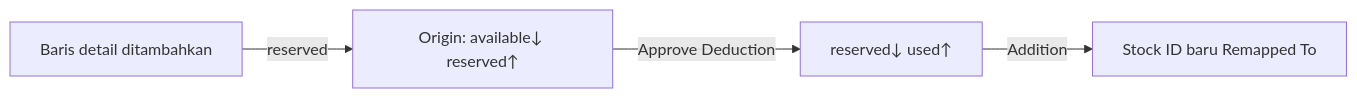
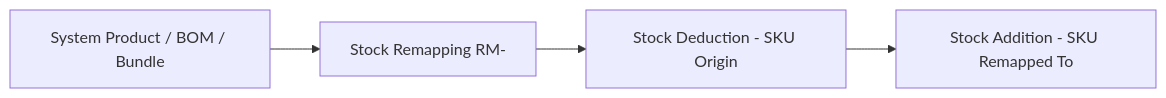
One commit to yendyr/olshoperp-docs changed the first of 3 diagrams in qa-docs/accounting-stock-remapping/requirement.md. Above: the diagram before and after it, drawn with Mermaid. The commit also changed other lines of this file and 31 other files, not shown here.

````diff
--- a/qa-docs/accounting-stock-remapping/requirement.md
+++ b/qa-docs/accounting-stock-remapping/requirement.md
@@ -210,6 +37,6 @@
 ```mermaid
 flowchart LR
-    A[Baris detail ditambahkan] -->|reserved| B[Origin: available↓ reserved↑]
-    B -->|Approve Deduction| C[reserved↓ used↑]
-    C -->|Addition| D[Stock ID baru Remapped To]
+    SP[System Product / BOM / Bundle] --> RM[Stock Remapping RM-]
+    RM --> SD[Stock Deduction - SKU Origin]
+    SD --> SA[Stock Addition - SKU Remapped To]
 ```
````
